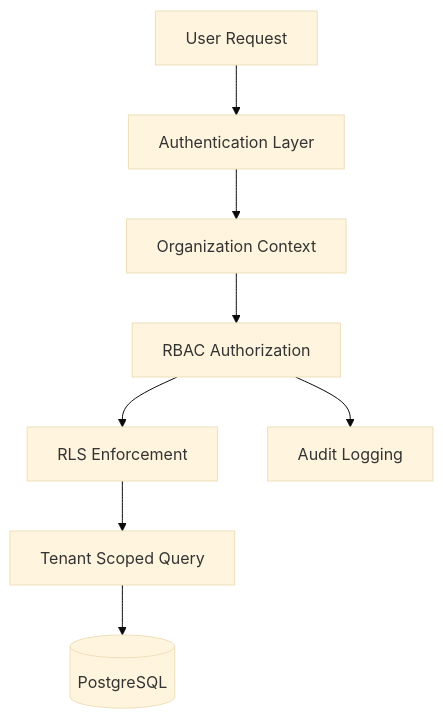
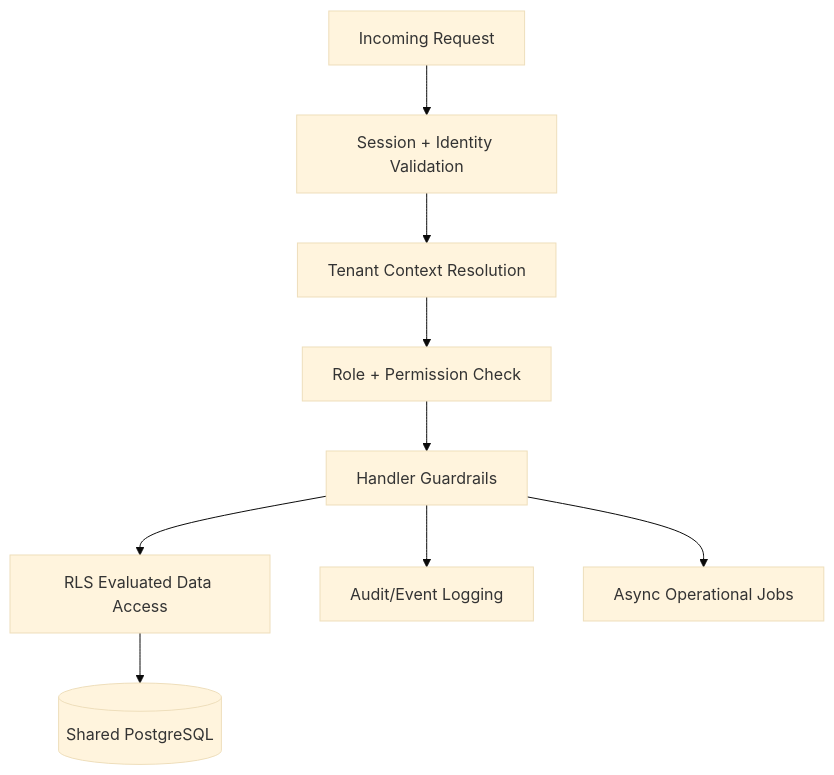
Before and after one commit to Ahsankhalid618/multi-tenant-saas-architecture: the diagram in README.md, drawn with Mermaid (base theme). The commit also changed other lines of this file and 20 other files, not shown here.

````diff
--- a/README.md
+++ b/README.md
@@ -62,18 +120,11 @@
 ```mermaid
 flowchart TD
-
-A[User Request]
---> B[Authentication Layer]
-
-B --> C[Organization Context]
-
-C --> D[RBAC Authorization]
-
-D --> E[RLS Enforcement]
-
-E --> F[Tenant Scoped Query]
-
-F --> G[(PostgreSQL)]
-
-D --> H[Audit Logging]
+A[Incoming Request] --> B[Session + Identity Validation]
+B --> C[Tenant Context Resolution]
+C --> D[Role + Permission Check]
+D --> E[Handler Guardrails]
+E --> F[RLS Evaluated Data Access]
+F --> G[(Shared PostgreSQL)]
+E --> H[Audit/Event Logging]
+E --> I[Async Operational Jobs]
 ```
````
